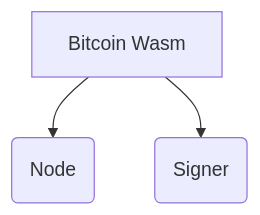
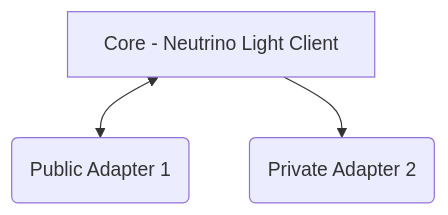
The diagram in README.md (aruokhai/bitcoin-wasm), drawn with Mermaid before and after one commit. The commit also changed other lines of this file, not shown here.

````diff
--- a/README.md
+++ b/README.md
@@ -34,5 +9,5 @@
 ```mermaid
 flowchart TD
-    A[Bitcoin Wasm] --> B(Node)
-    A --> C(Signer)
+    A[Core - Neutrino Light Client] <--> B(Public Adapter 1)
+    A --> C(Private Adapter 2)
 ```
````
